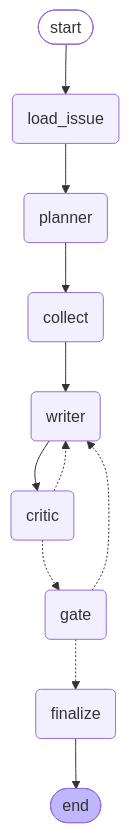
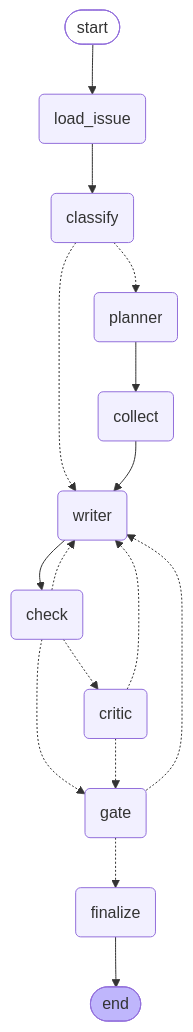
The diagram in README.md (mateusveloso/graphplay), drawn with Mermaid before and after one commit. The commit also changed other lines of this file and 17 other files, not shown here.

````diff
--- a/README.md
+++ b/README.md
@@ -10,25 +15,32 @@
 ```mermaid
 graph TD;
 	__start__([start]):::first
 	load_issue(load_issue)
+	classify(classify)
 	planner(planner)
 	collect(collect)
 	writer(writer)
+	check(check)
 	critic(critic)
 	gate(gate)
 	finalize(finalize)
 	__end__([end]):::last
 	__start__ --> load_issue;
-	load_issue --> planner;
+	load_issue --> classify;
+	classify -.-> planner;
+	classify -.-> writer;
 	planner --> collect;
 	collect --> writer;
-	writer --> critic;
+	writer --> check;
+	check -.-> writer;
+	check -.-> critic;
+	check -.-> gate;
 	critic -.-> gate;
 	critic -.-> writer;
 	gate -.-> finalize;
 	gate -.-> writer;
 	finalize --> __end__;
 	classDef default fill:#f2f0ff,line-height:1.2
 	classDef first fill-opacity:0
 	classDef last fill:#bfb6fc
 ```
````
